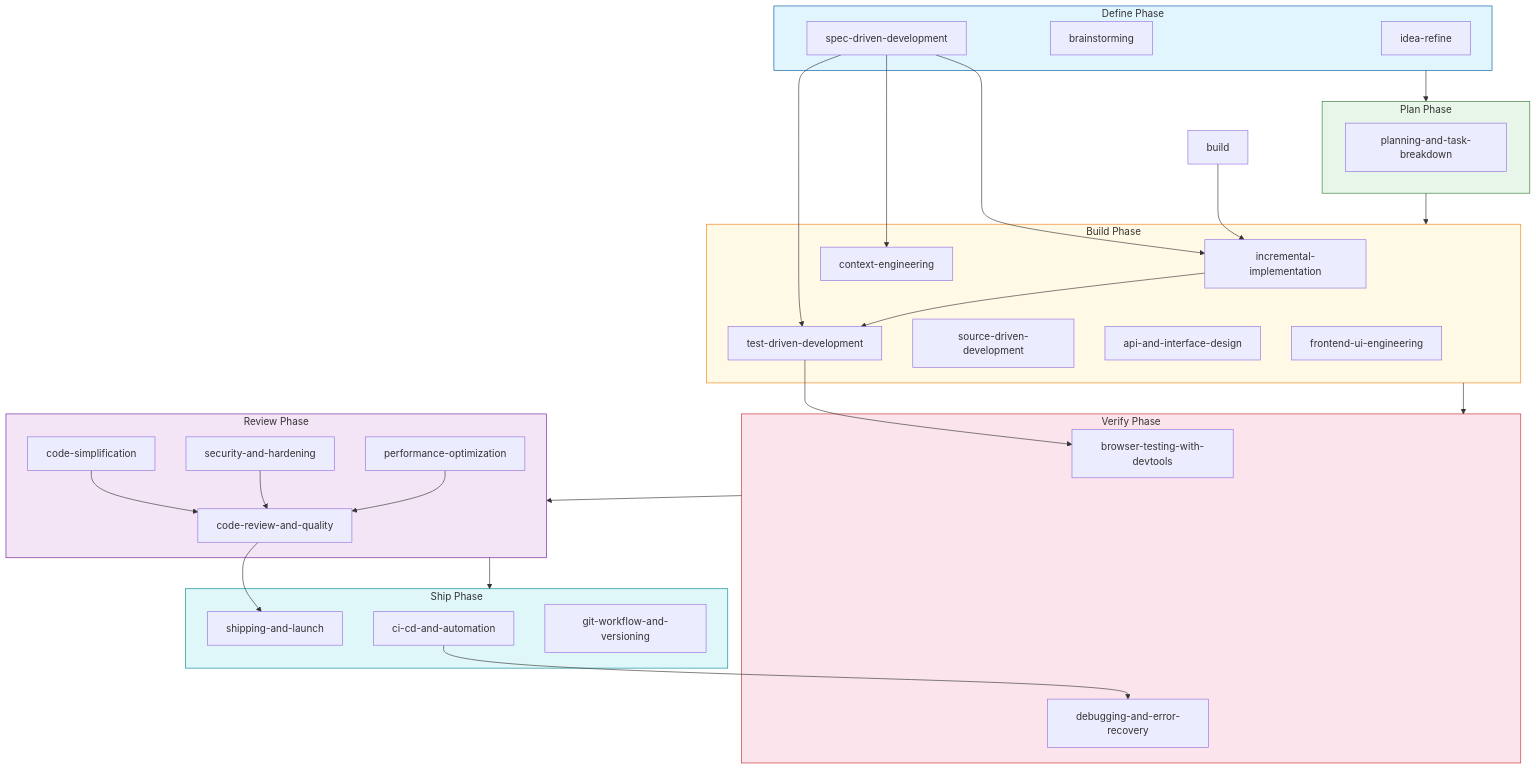
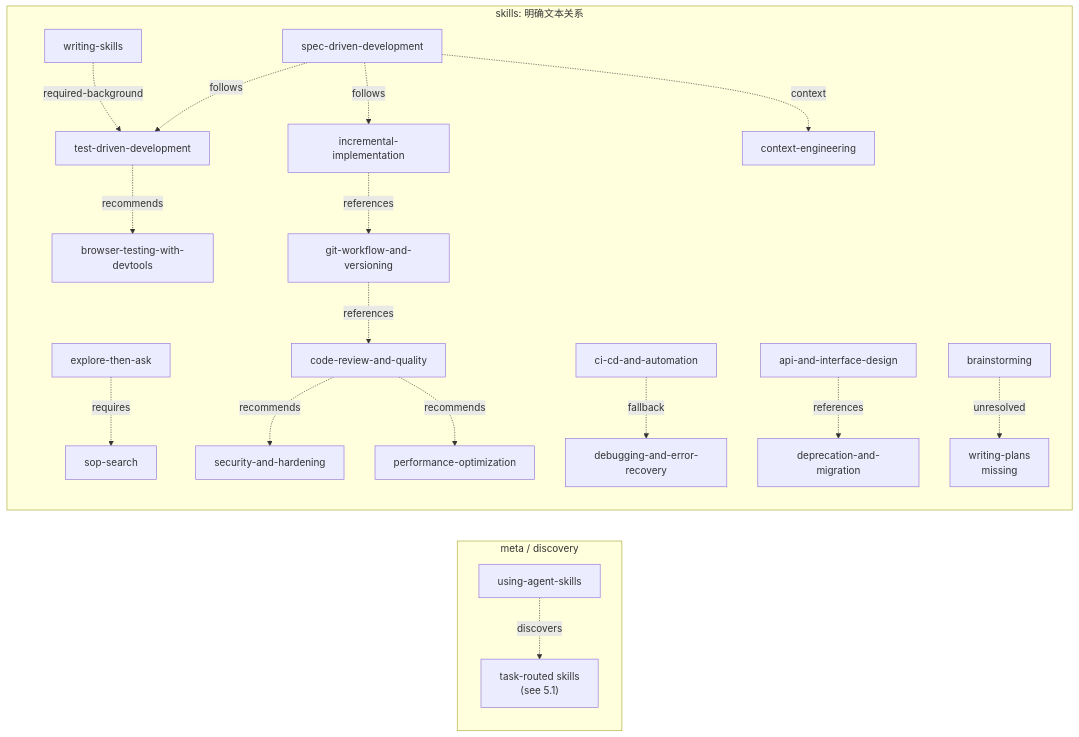
One commit to carl10086/ys-powers changed the second of 2 diagrams in docs/power-dependencies.md. Above: the diagram before and after it, drawn with Mermaid. The commit also changed other lines of this file and 5 other files, not shown here.

````diff
--- a/docs/power-dependencies.md
+++ b/docs/power-dependencies.md
@@ -188,66 +151,44 @@
 ```mermaid
-graph TB
-    subgraph Define["Define Phase"]
-        idea["idea-refine"]
-        brainstorm["brainstorming"]
-        specdev["spec-driven-development"]
+flowchart LR
+    subgraph Meta["meta / discovery"]
+        using["using-agent-skills"]
+        discoverySet["task-routed skills\n(see 5.1)"]
     end
 
-    subgraph Plan["Plan Phase"]
-        planTB["planning-and-task-breakdown"]
+    subgraph Skills["skills: 明确文本关系"]
+        explore["explore-then-ask"]
+        sop["sop-search"]
+        specdev["spec-driven-development"]
+        incremental["incremental-implementation"]
+        tdd["test-driven-development"]
+        ctx["context-engineering"]
+        browser["browser-testing-with-devtools"]
+        reviewSkill["code-review-and-quality"]
+        sec["security-and-hardening"]
+        perf["performance-optimization"]
+        git["git-workflow-and-versioning"]
+        cicd["ci-cd-and-automation"]
+        debug["debugging-and-error-recovery"]
+        api["api-and-interface-design"]
+        migration["deprecation-and-migration"]
+        writing["writing-skills"]
+        brainstorming["brainstorming"]
+        missing["writing-plans\nmissing"]
     end
 
-    subgraph Build["Build Phase"]
-        impl["incremental-implementation"]
-        tdd["test-driven-development"]
-        ctx["context-engineering"]
-        source["source-driven-development"]
-        api["api-and-interface-design"]
-        fe["frontend-ui-engineering"]
-    end
+    using -. discovers .-> discoverySet
 
-    subgraph Verify["Verify Phase"]
-        browser["browser-testing-with-devtools"]
-        debug["debugging-and-error-recovery"]
-    end
-
-    subgraph Review["Review Phase"]
-        reviewSkill["code-review-and-quality"]
-        simplify["code-simplification"]
-        hardening["security-and-hardening"]
-        perf["performance-optimization"]
-    end
-
-    subgraph Ship["Ship Phase"]
-        shipSkill["shipping-and-launch"]
-        cicd["ci-cd-and-automation"]
-        git["git-workflow-and-versioning"]
-    end
-
-    Define --> Plan
-    Plan --> Build
-    Build --> Verify
-    Verify --> Review
-    Review --> Ship
-
-    specdev --> impl
-    specdev --> tdd
-    specdev --> ctx
-    impl --> tdd
-    build --> impl
-
-    tdd --> browser
-    cicd --> debug
-
-    simplify --> reviewSkill
-    hardening --> reviewSkill
-    perf --> reviewSkill
-    reviewSkill --> shipSkill
-
-    style Define fill:#e1f5ff,stroke:#01579b
-    style Plan fill:#e8f5e9,stroke:#2e7d32
-    style Build fill:#fff9e6,stroke:#f57f17
-    style Verify fill:#fce4ec,stroke:#c62828
-    style Review fill:#f3e5f5,stroke:#6a1b9a
-    style Ship fill:#e0f7fa,stroke:#00838f
+    explore -. requires .-> sop
+    specdev -. follows .-> incremental
+    specdev -. follows .-> tdd
+    specdev -. context .-> ctx
+    tdd -. recommends .-> browser
+    reviewSkill -. recommends .-> sec
+    reviewSkill -. recommends .-> perf
+    incremental -. references .-> git
+    git -. references .-> reviewSkill
+    cicd -. fallback .-> debug
+    api -. references .-> migration
+    writing -. required-background .-> tdd
+    brainstorming -. unresolved .-> missing
 ```
````
